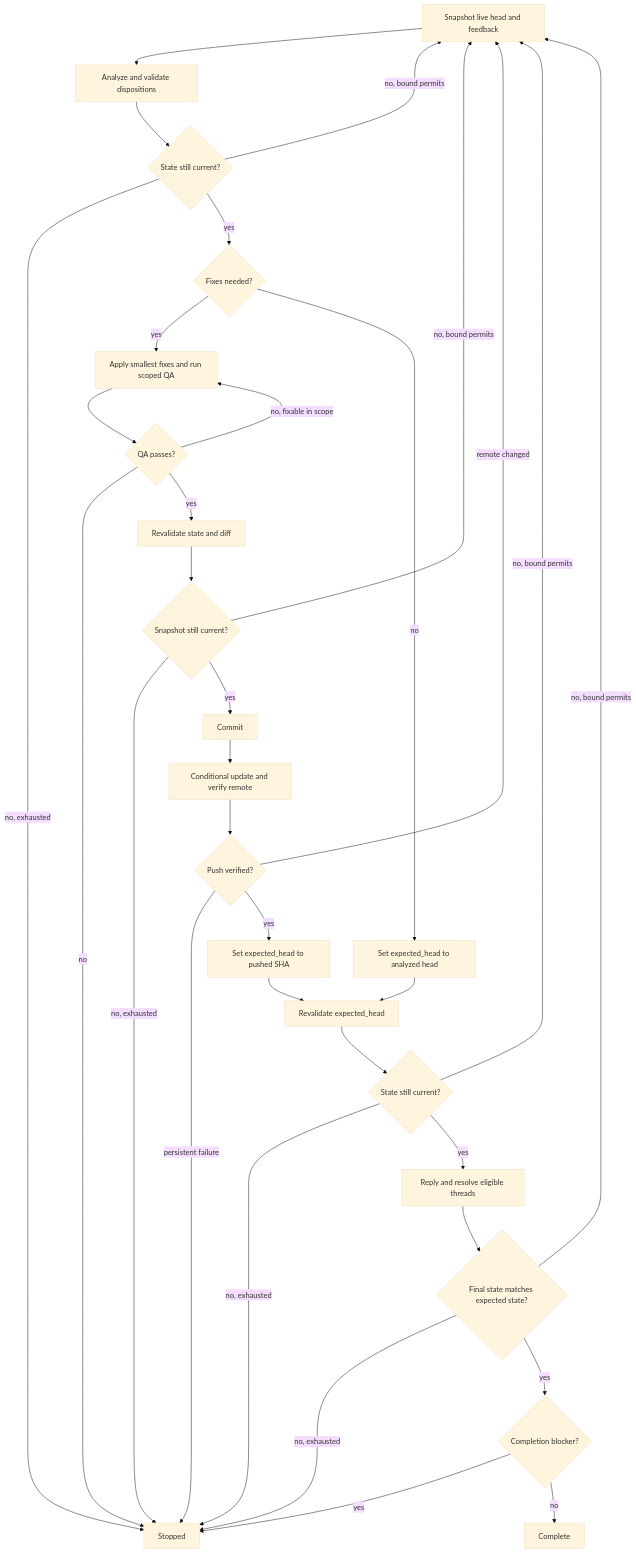
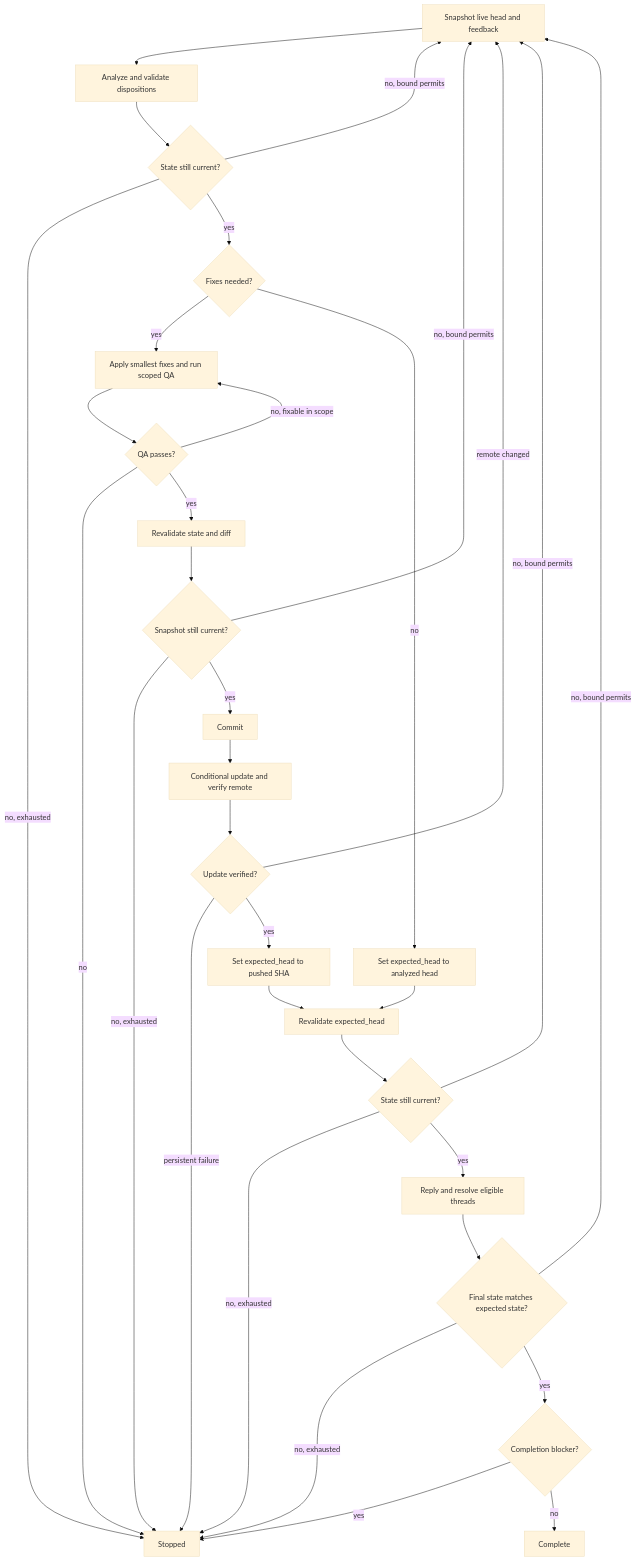
Before and after one commit to dceoy/pr-loop: the diagram in skills/pr-feedback-triage/SKILL.md, drawn with Mermaid (base theme). The commit also changed 2 other files, not shown here.

Commit message:
refactor: simplify optional security review and verify one skill invocation

````diff
--- a/skills/pr-feedback-triage/SKILL.md
+++ b/skills/pr-feedback-triage/SKILL.md
@@ -54,35 +54,35 @@
 ```mermaid
 flowchart TD
   A[Snapshot live head and feedback] --> B[Analyze and validate dispositions]
   B --> C{State still current?}
   C -->|no, bound permits| A
   C -->|no, exhausted| X[Stopped]
   C -->|yes| D{Fixes needed?}
   D -->|yes| E[Apply smallest fixes and run scoped QA]
   E --> F{QA passes?}
   F -->|no, fixable in scope| E
   F -->|no| X
   F -->|yes| G[Revalidate state and diff]
   G --> R{Snapshot still current?}
   R -->|no, bound permits| A
   R -->|no, exhausted| X
   R -->|yes| S[Commit]
   S --> H[Conditional update and verify remote]
-  H --> I{Push verified?}
+  H --> I{Update verified?}
   I -->|remote changed| A
   I -->|persistent failure| X
   I -->|yes| J[Set expected_head to pushed SHA]
   D -->|no| K[Set expected_head to analyzed head]
   J --> L[Revalidate expected_head]
   K --> L
   L --> M{State still current?}
   M -->|no, bound permits| A
   M -->|no, exhausted| X
   M -->|yes| N[Reply and resolve eligible threads]
   N --> O{Final state matches expected state?}
   O -->|no, bound permits| A
   O -->|no, exhausted| X
   O -->|yes| P{Completion blocker?}
   P -->|yes| X
   P -->|no| Q[Complete]
 ```
````
